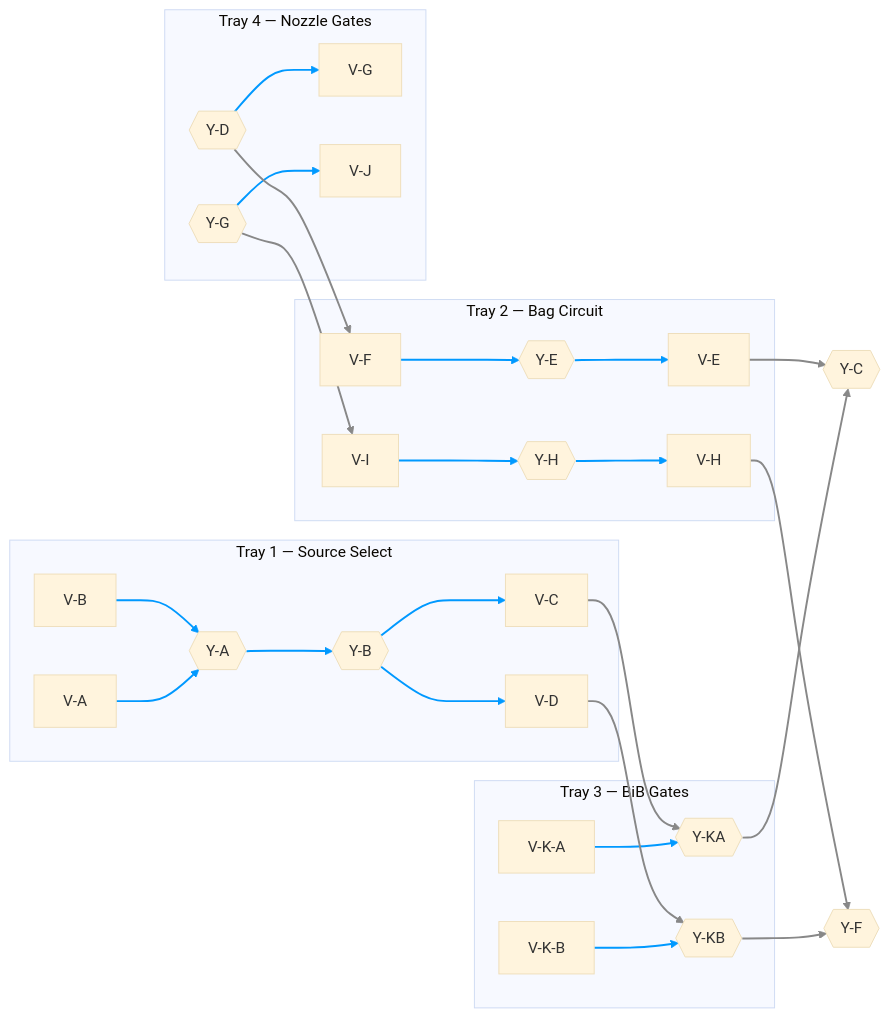
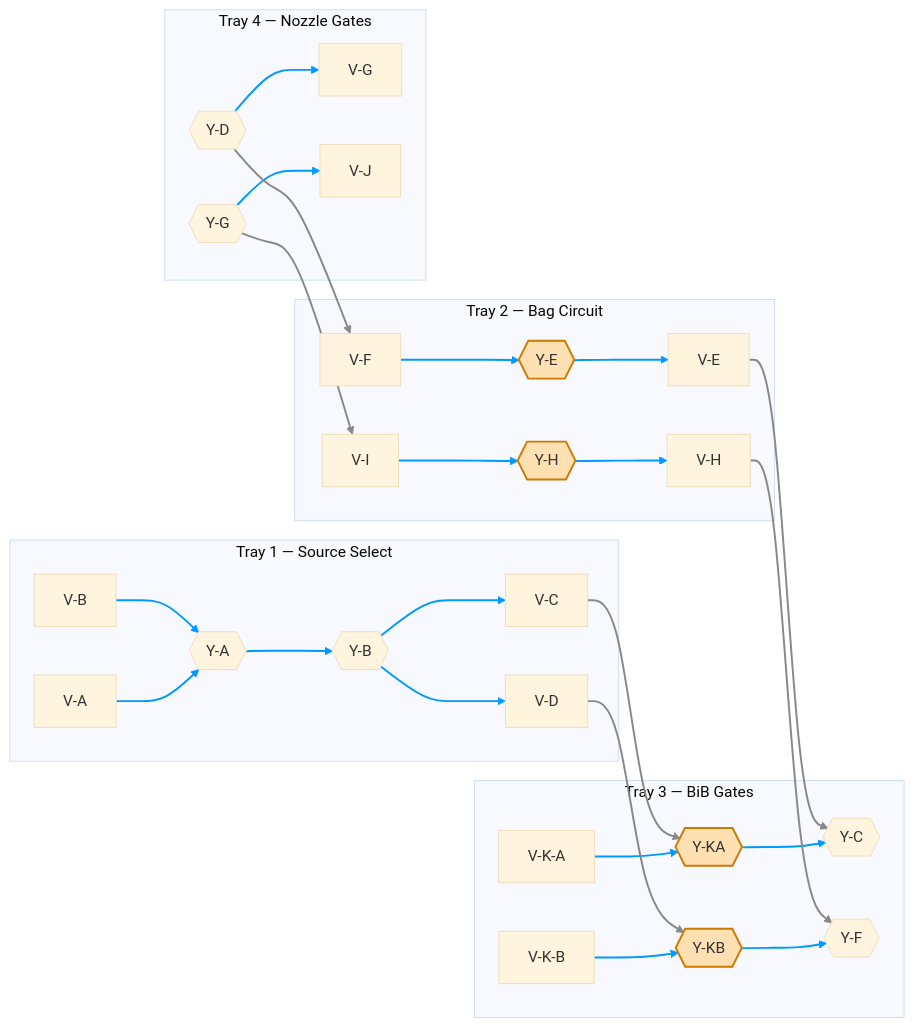
Before and after one commit to derekbreden/homesodamachine: the diagram in hardware/topology/fluid-topology-trays.mmd, drawn with Mermaid (base theme).

Commit message:
topology: mark Tees and move Y-C/Y-F into Tray 3
Y-E/Y-H (bag-circuit) and Y-KA/Y-KB (bib-gate) are now Tees — colored
distinctly from the hexagonal Y-dividers. Y-C/Y-F move into Tray 3 (bib-gate),
so Y-KA->Y-C and Y-KB->Y-F become on-tray links.

```diff
--- a/hardware/topology/fluid-topology-trays.mmd
+++ b/hardware/topology/fluid-topology-trays.mmd
@@ -1,71 +1,72 @@
 flowchart LR
 
   %% Valve-manifold fluid topology grouped by physical tray. Each box is a tray;
-  %% the nodes inside are the valves and Y-dividers it carries. Blue links are
-  %% on-tray valve-to-divider seats; gray links run between trays. Y-C and Y-F
-  %% are not assigned to a tray. Source, pump, bag, and nozzle endpoints are
-  %% omitted.
+  %% the nodes inside are the valves and junction fittings it carries. Hexagons
+  %% are Y-dividers; orange nodes are Tees (in-line run + branch). Blue links are
+  %% on-tray; gray links run between trays. Source, pump, bag, and nozzle
+  %% endpoints are omitted.
 
   subgraph Tray1["Tray 1 — Source Select"]
     VA["V-A"]
     VB["V-B"]
     YA{{"Y-A"}}
     YB{{"Y-B"}}
     VC["V-C"]
     VD["V-D"]
   end
 
   subgraph Tray2["Tray 2 — Bag Circuit"]
     VE["V-E"]
     VF["V-F"]
     YE{{"Y-E"}}
     VH["V-H"]
     VI["V-I"]
     YH{{"Y-H"}}
   end
 
   subgraph Tray3["Tray 3 — BiB Gates"]
     VKA["V-K-A"]
     VKB["V-K-B"]
     YKA{{"Y-KA"}}
     YKB{{"Y-KB"}}
+    YC{{"Y-C"}}
+    YF{{"Y-F"}}
   end
 
   subgraph Tray4["Tray 4 — Nozzle Gates"]
     VG["V-G"]
     VJ["V-J"]
     YD{{"Y-D"}}
     YG{{"Y-G"}}
   end
 
-  YC{{"Y-C"}}
-  YF{{"Y-F"}}
-
-  %% ---- On-tray seats (blue, links 0-12) ----
+  %% ---- On-tray seats (blue, links 0-14) ----
   VA --> YA
   VB --> YA
   YA --> YB
   YB --> VC
   YB --> VD
   VF --> YE
   YE --> VE
   VI --> YH
   YH --> VH
   VKA --> YKA
   VKB --> YKB
+  YKA --> YC
+  YKB --> YF
   YD --> VG
   YG --> VJ
 
-  %% ---- Between trays (gray, links 13-20) ----
+  %% ---- Between trays (gray, links 15-20) ----
   VC --> YKA
   VD --> YKB
-  YKA --> YC
-  YKB --> YF
   VE --> YC
   VH --> YF
   YD --> VF
   YG --> VI
 
-  %% ---- Link styling ----
-  linkStyle 0,1,2,3,4,5,6,7,8,9,10,11,12 stroke:#09f,stroke-width:2px
-  linkStyle 13,14,15,16,17,18,19,20 stroke:#888,stroke-width:2px
+  %% ---- Styling ----
+  classDef tee fill:#ffe0b3,stroke:#cc7a00,stroke-width:2px;
+  class YE,YH,YKA,YKB tee;
+  linkStyle 0,1,2,3,4,5,6,7,8,9,10,11,12,13,14 stroke:#09f,stroke-width:2px
+  linkStyle 15,16,17,18,19,20 stroke:#888,stroke-width:2px
```
